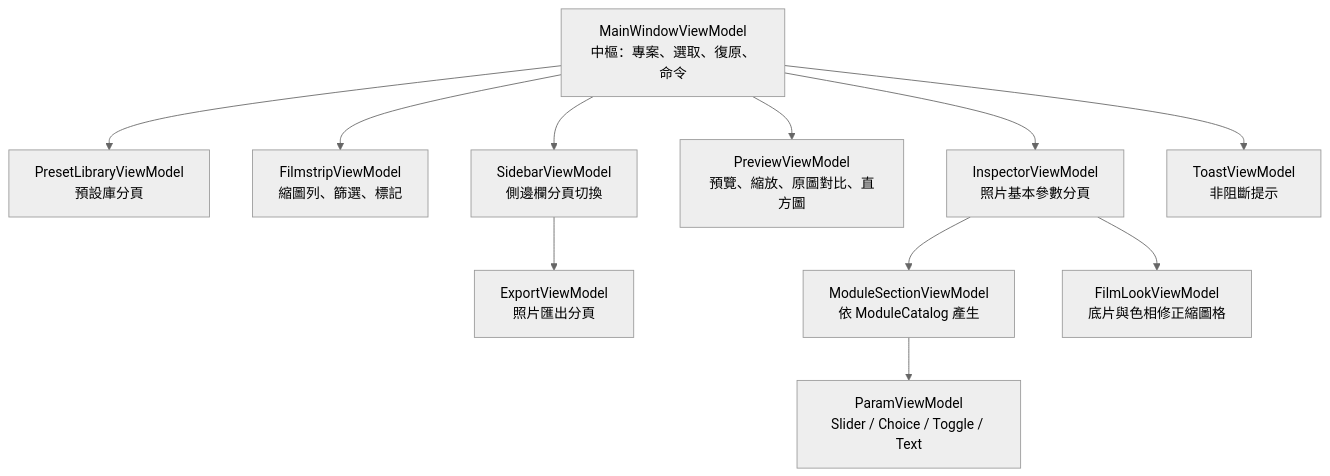
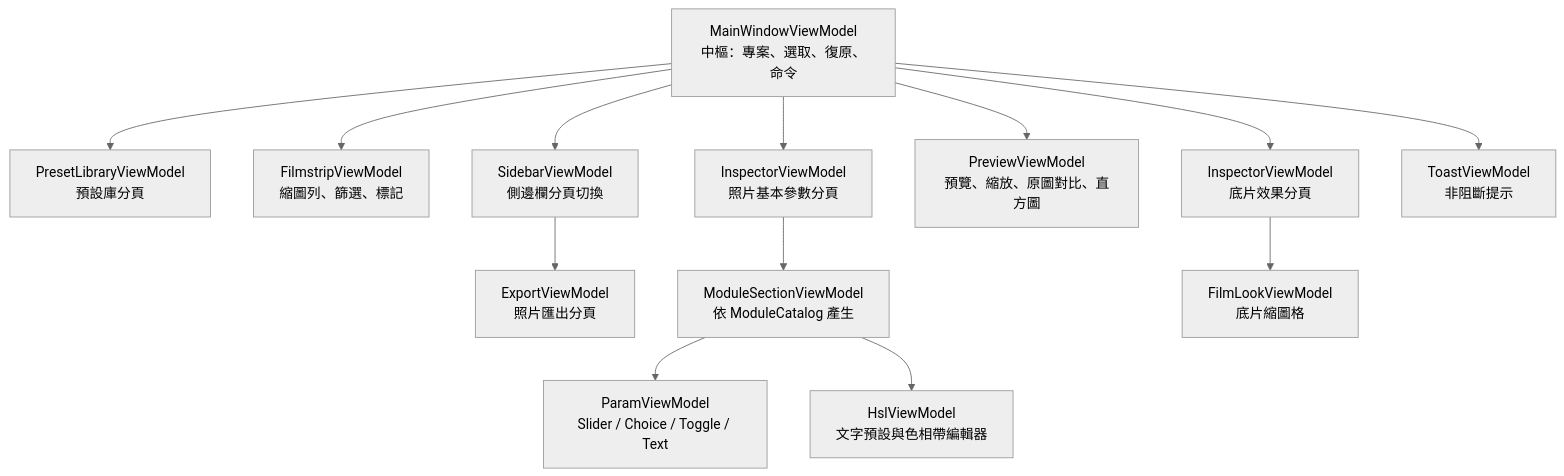
The diagram in docs/architecture/app.md (minexo79/FilmBatch), drawn with Mermaid (neutral theme) before and after one commit. The commit also changed other lines of this file and 49 other files, not shown here.

````diff
--- a/docs/architecture/app.md
+++ b/docs/architecture/app.md
@@ -31,14 +31,16 @@
 ```mermaid
 flowchart TB
     MW["MainWindowViewModel<br/>中樞：專案、選取、復原、命令"]
     MW --> PL["PresetLibraryViewModel<br/>預設庫分頁"]
     MW --> FS["FilmstripViewModel<br/>縮圖列、篩選、標記"]
     MW --> IN["InspectorViewModel<br/>照片基本參數分頁"]
+    MW --> FE["InspectorViewModel<br/>底片效果分頁"]
     MW --> PV["PreviewViewModel<br/>預覽、縮放、原圖對比、直方圖"]
     MW --> SB["SidebarViewModel<br/>側邊欄分頁切換"]
     MW --> TO["ToastViewModel<br/>非阻斷提示"]
     SB --> EX["ExportViewModel<br/>照片匯出分頁"]
     IN --> MS["ModuleSectionViewModel<br/>依 ModuleCatalog 產生"]
     MS --> PA["ParamViewModel<br/>Slider / Choice / Toggle / Text"]
-    IN --> FL["FilmLookViewModel<br/>底片與色相修正縮圖格"]
+    FE --> FL["FilmLookViewModel<br/>底片縮圖格"]
+    MS --> HS["HslViewModel<br/>文字預設與色相帶編輯器"]
 ```
````
